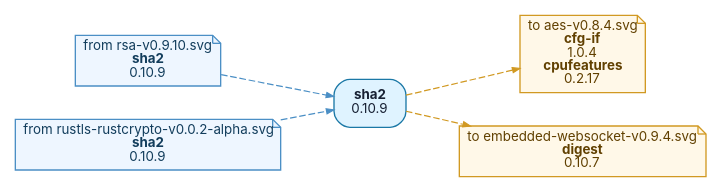
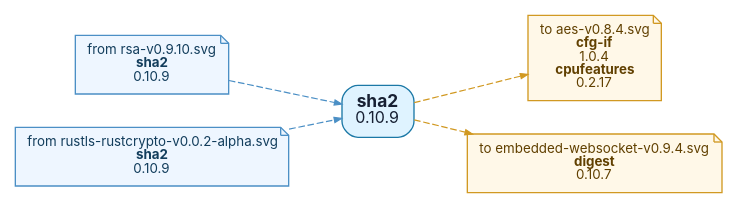
Before and after one commit to t4ce/TRUEOS: the diagram in tools/depgraph/by-root/sha2-v0.10.9.dot, drawn with Graphviz. The commit also changed 162 other files, not shown here.

```diff
--- a/tools/depgraph/by-root/sha2-v0.10.9.dot
+++ b/tools/depgraph/by-root/sha2-v0.10.9.dot
@@ -1,16 +1,16 @@
 digraph "sha2-v0.10.9" {
   graph [rankdir=LR, bgcolor="white", overlap=false, splines=true, nodesep=0.35, ranksep=0.55];
-  node [shape=box, style="rounded,filled", fontname="Inter,Arial", fontsize=10, margin="0.08,0.05", color="#8b9bb0", fillcolor="#f7f9fb", fontcolor="#172033"];
+  node [shape=box, style="rounded,filled", fontname="Inter,Arial", fontsize=10, margin="0.13,0.10", color="#8b9bb0", fillcolor="#f7f9fb", fontcolor="#172033"];
   edge [color="#9aa8b8", arrowsize=0.55, penwidth=0.9];
-  n0 [label=<<B>sha2</B><BR/>0.10.9>, fillcolor="#dff3ff", color="#1b78a6"];
+  n0 [label=<<FONT POINT-SIZE="13"><B>sha2</B></FONT><BR/><FONT POINT-SIZE="12">0.10.9</FONT>>, fillcolor="#dff3ff", color="#1b78a6"];
   out0 [label=<to aes-v0.8.4.svg<BR/><B>cfg-if</B><BR/>1.0.4<BR/><B>cpufeatures</B><BR/>0.2.17>, shape=note, style="filled", fillcolor="#fff8e8", color="#d19922", fontcolor="#614000"];
   n0 -> out0 [style=dashed, color="#d19922"];
   out1 [label=<to embedded-websocket-v0.9.4.svg<BR/><B>digest</B><BR/>0.10.7>, shape=note, style="filled", fillcolor="#fff8e8", color="#d19922", fontcolor="#614000"];
   n0 -> out1 [style=dashed, color="#d19922"];
   in2 [label=<from rsa-v0.9.10.svg<BR/><B>sha2</B><BR/>0.10.9>, shape=note, style="filled", fillcolor="#eef6ff", color="#4b8fc5", fontcolor="#123d5c"];
   in2 -> n0 [style=dashed, color="#4b8fc5"];
   in3 [label=<from rustls-rustcrypto-v0.0.2-alpha.svg<BR/><B>sha2</B><BR/>0.10.9>, shape=note, style="filled", fillcolor="#eef6ff", color="#4b8fc5", fontcolor="#123d5c"];
   in3 -> n0 [style=dashed, color="#4b8fc5"];
   // collapsed leaf ends: 0
   // centered two-input leaves: 0
 }
```
